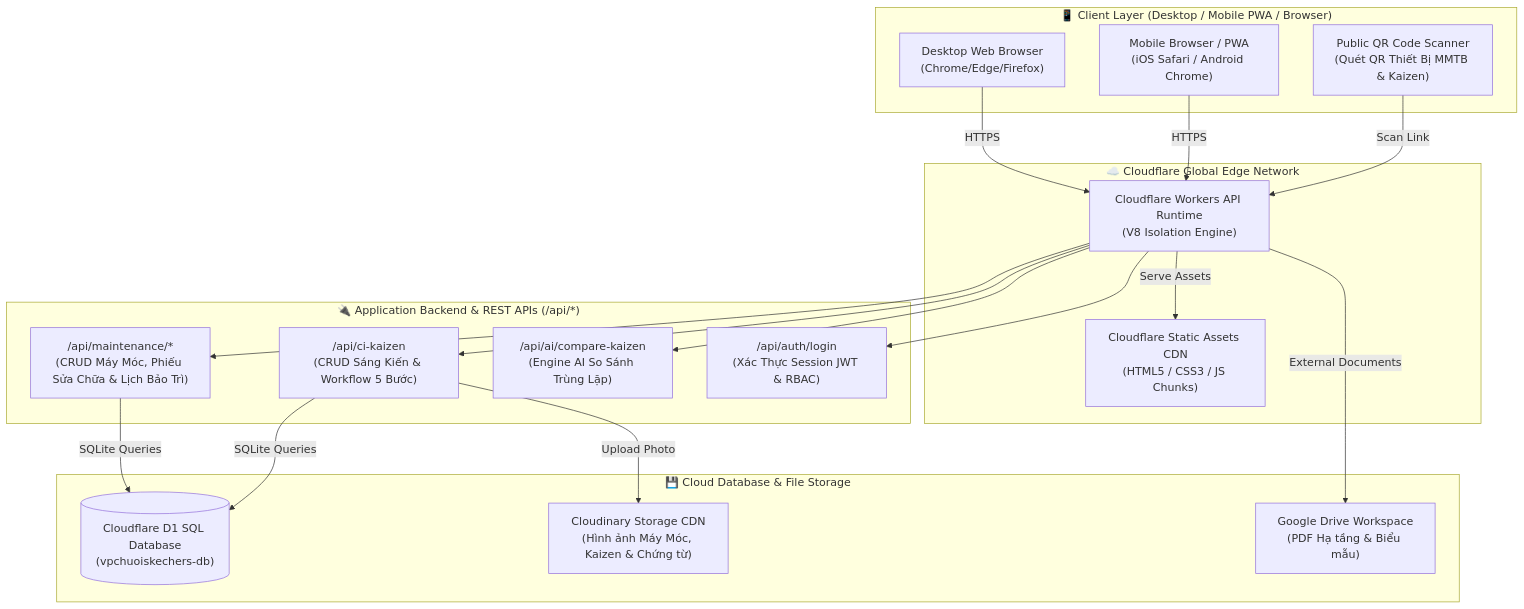
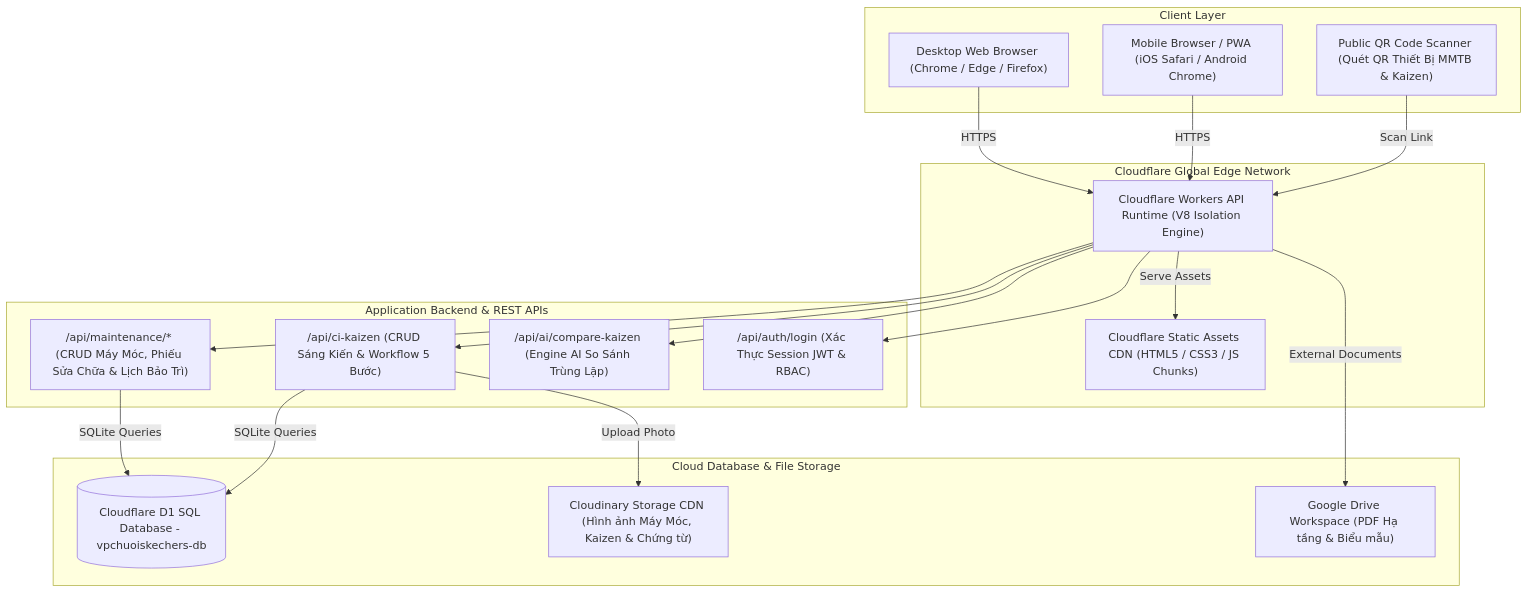
Before and after one commit to tbsgroup2026/vpchuoiskechers: the first of 13 diagrams in web/README.md, drawn with Mermaid. The commit also changed other lines of this file and 1 other file, not shown here.

Commit message:
fix(docs): quote all edge labels with double quotes for GitHub viewscreen iframe compatibility

````diff
--- a/web/README.md
+++ b/web/README.md
@@ -81,41 +81,41 @@
 ```mermaid
 flowchart TD
-    subgraph CLIENT_LAYER ["📱 Client Layer (Desktop / Mobile PWA / Browser)"]
-        UserPC["Desktop Web Browser\n(Chrome/Edge/Firefox)"]
-        UserMobile["Mobile Browser / PWA\n(iOS Safari / Android Chrome)"]
-        UserQR["Public QR Code Scanner\n(Quét QR Thiết Bị MMTB & Kaizen)"]
+    subgraph CLIENT_LAYER ["Client Layer"]
+        UserPC["Desktop Web Browser (Chrome / Edge / Firefox)"]
+        UserMobile["Mobile Browser / PWA (iOS Safari / Android Chrome)"]
+        UserQR["Public QR Code Scanner (Quét QR Thiết Bị MMTB & Kaizen)"]
     end
 
-    subgraph CDN_EDGE ["☁️ Cloudflare Global Edge Network"]
-        WorkerEngine["Cloudflare Workers API Runtime\n(V8 Isolation Engine)"]
-        AssetsCDN["Cloudflare Static Assets CDN\n(HTML5 / CSS3 / JS Chunks)"]
+    subgraph CDN_EDGE ["Cloudflare Global Edge Network"]
+        WorkerEngine["Cloudflare Workers API Runtime (V8 Isolation Engine)"]
+        AssetsCDN["Cloudflare Static Assets CDN (HTML5 / CSS3 / JS Chunks)"]
     end
 
-    subgraph BACKEND_SERVICES ["🔌 Application Backend & REST APIs (/api/*)"]
-        API_MMTB["/api/maintenance/*\n(CRUD Máy Móc, Phiếu Sửa Chữa & Lịch Bảo Trì)"]
-        API_Kaizen["/api/ci-kaizen\n(CRUD Sáng Kiến & Workflow 5 Bước)"]
-        API_AI["/api/ai/compare-kaizen\n(Engine AI So Sánh Trùng Lặp)"]
-        API_Auth["/api/auth/login\n(Xác Thực Session JWT & RBAC)"]
+    subgraph BACKEND_SERVICES ["Application Backend & REST APIs"]
+        API_MMTB["/api/maintenance/* (CRUD Máy Móc, Phiếu Sửa Chữa & Lịch Bảo Trì)"]
+        API_Kaizen["/api/ci-kaizen (CRUD Sáng Kiến & Workflow 5 Bước)"]
+        API_AI["/api/ai/compare-kaizen (Engine AI So Sánh Trùng Lặp)"]
+        API_Auth["/api/auth/login (Xác Thực Session JWT & RBAC)"]
     end
 
-    subgraph DATA_STORAGE ["💾 Cloud Database & File Storage"]
-        D1_DB[("Cloudflare D1 SQL Database\n(vpchuoiskechers-db)")]
-        CloudinaryCDN["Cloudinary Storage CDN\n(Hình ảnh Máy Móc, Kaizen & Chứng từ)"]
-        GDriveDocs["Google Drive Workspace\n(PDF Hạ tầng & Biểu mẫu)"]
+    subgraph DATA_STORAGE ["Cloud Database & File Storage"]
+        D1_DB[("Cloudflare D1 SQL Database - vpchuoiskechers-db")]
+        CloudinaryCDN["Cloudinary Storage CDN (Hình ảnh Máy Móc, Kaizen & Chứng từ)"]
+        GDriveDocs["Google Drive Workspace (PDF Hạ tầng & Biểu mẫu)"]
     end
 
-    UserPC -->|HTTPS| WorkerEngine
-    UserMobile -->|HTTPS| WorkerEngine
-    UserQR -->|Scan Link| WorkerEngine
+    UserPC -->|"HTTPS"| WorkerEngine
+    UserMobile -->|"HTTPS"| WorkerEngine
+    UserQR -->|"Scan Link"| WorkerEngine
 
-    WorkerEngine -->|Serve Assets| AssetsCDN
+    WorkerEngine -->|"Serve Assets"| AssetsCDN
     WorkerEngine --> API_MMTB
     WorkerEngine --> API_Kaizen
     WorkerEngine --> API_AI
     WorkerEngine --> API_Auth
 
-    API_MMTB -->|SQLite Queries| D1_DB
-    API_Kaizen -->|SQLite Queries| D1_DB
-    API_Kaizen -->|Upload Photo| CloudinaryCDN
-    WorkerEngine -->|External Documents| GDriveDocs
+    API_MMTB -->|"SQLite Queries"| D1_DB
+    API_Kaizen -->|"SQLite Queries"| D1_DB
+    API_Kaizen -->|"Upload Photo"| CloudinaryCDN
+    WorkerEngine -->|"External Documents"| GDriveDocs
 ```
````
